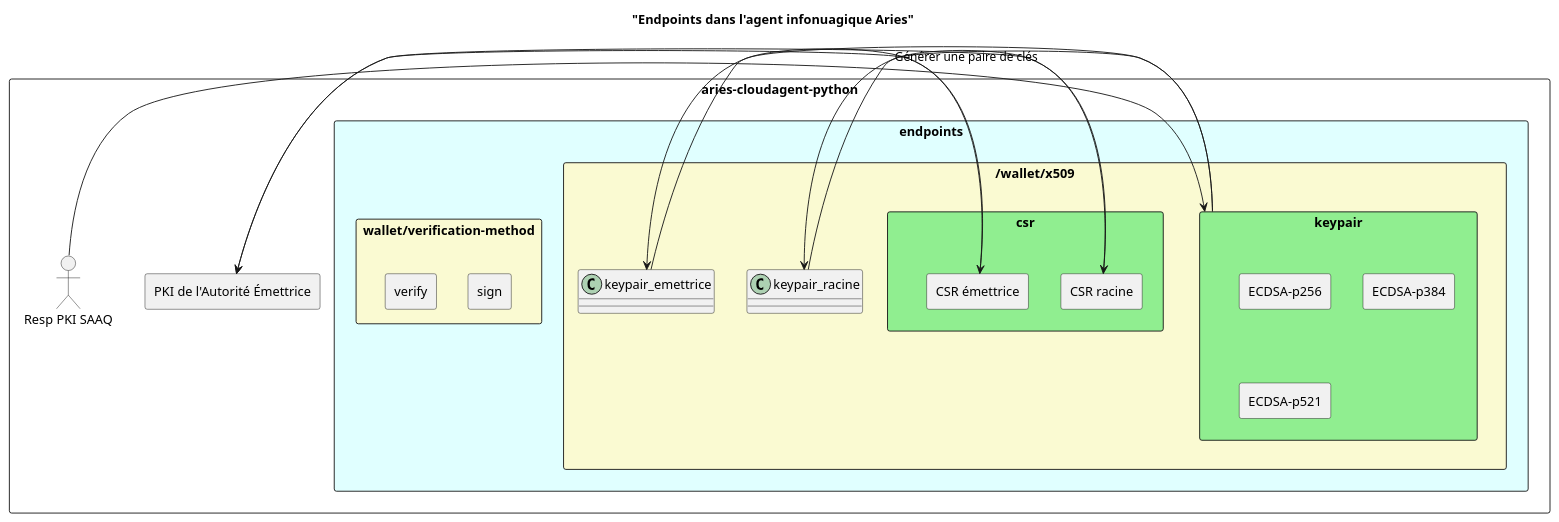
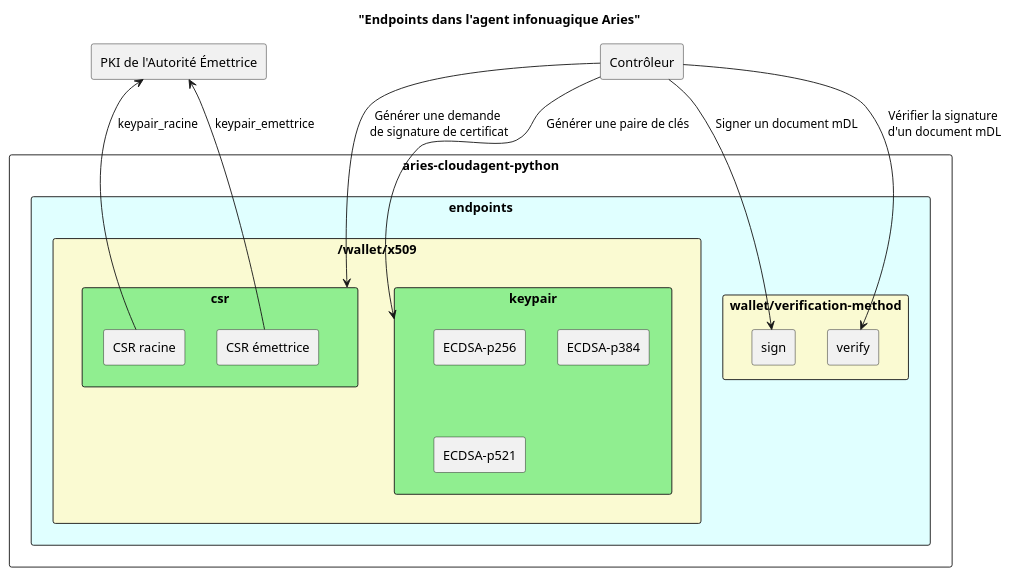
Before and after one commit to CQEN-QDCE/exp-mdl: the diagram in documentation/Architecture/architecture3.puml, drawn with PlantUML. The commit also changed 4 other files, not shown here.

Commit message:
version final diagramme d'architecture du registre de preuves

```diff
--- a/documentation/Architecture/architecture3.puml
+++ b/documentation/Architecture/architecture3.puml
@@ -1,51 +1,55 @@
 @startuml aries_cloudagent_python
 allow_mixing
 
 title 
     "Endpoints dans l'agent infonuagique Aries"
 end title
 
+' Définition DU CONTRÔLEUR
+rectangle "Contrôleur" as resp_pki_saaq
 
+' La PKI de l'Autorité Émettrice
+rectangle "PKI de l'Autorité Émettrice" as pki  
+
+' L'agent infonuagique Aries
 rectangle "aries-cloudagent-python" as acapy {
 
     ' Définition des endpoints
     rectangle "endpoints" as endpoints #LightCyan{
+
+        ' Définition des endpoints pour générer des clés de signature
         rectangle "/wallet/x509" as wallet_x509 #LightGoldenRodYellow{
             rectangle "keypair" as keypair #LightGreen{
                 rectangle "ECDSA-p256" as ECDSAp256
                 rectangle "ECDSA-p384" as ECDSAp384
                 rectangle "ECDSA-p521" as ECDSAp521
             }
             rectangle "csr" as csr #LightGreen{
                 rectangle "CSR racine" as csr_racine
                 rectangle "CSR émettrice" as csr_emettrice  
             }
-
-            keypair -> keypair_racine
-            keypair -> keypair_emettrice
-            keypair_racine -> csr_racine
-            keypair_emettrice -> csr_emettrice
         }
 
+        ' Définition des endpoints lorsque les clés existent déjà
         rectangle "wallet/verification-method" as wallet_verification_method #LightGoldenRodYellow{
-            rectangle "sign" as sign
-            rectangle "verify" as verify
+            ' On a besoin de la clé privé, la méthode permet d'aller chercher la clé privé dans le wallet de l'ACA-PY.
+            rectangle "sign" as sign 
+            
+            ' On a besoin de la clé publique, elle va être émise avec un certificat, la méthode permet d'aller chercher la clé publique dans le wallet de l'ACA-PY qui se présente dans un certificat (le verkey).
+            rectangle "verify" as verify 
         }
         
     }
 
-    rectangle "PKI de l'Autorité Émettrice" as pki  
-
-    ' Définition des acteurs
-    actor "Resp PKI SAAQ" as resp_pki_saaq
-
     ' Définition des liens et rélations  
-    csr_racine -> pki
-    csr_emettrice -> pki
+    csr_racine -up-> pki : "keypair_racine"
+    csr_emettrice -up-> pki : "keypair_emettrice"
 
     ' Définition des actions de l'acteur 
-    resp_pki_saaq -> keypair:"Générer une paire de clés"
-    resp_pki_saaq -> csr:"Générer une demande de signature de certificat"    
+    resp_pki_saaq -down-> keypair : "Générer une paire de clés"
+    resp_pki_saaq -down-> csr : "Générer une demande \nde signature de certificat"
+    resp_pki_saaq -down-> sign : "Signer un document mDL"
+    resp_pki_saaq -down-> verify : "Vérifier la signature\n d'un document mDL"
 }
 
 @enduml
```
